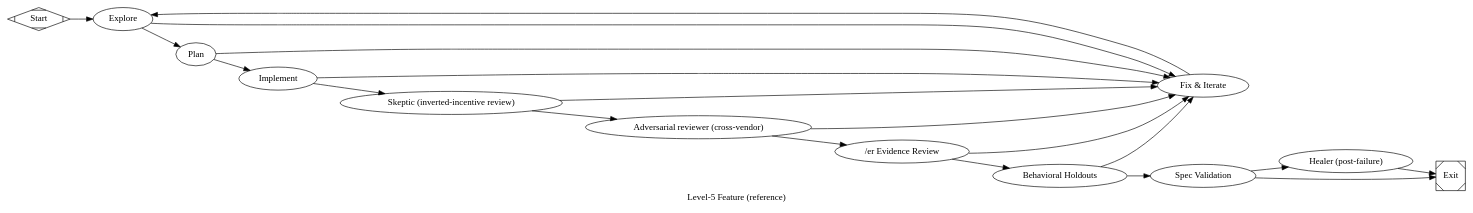
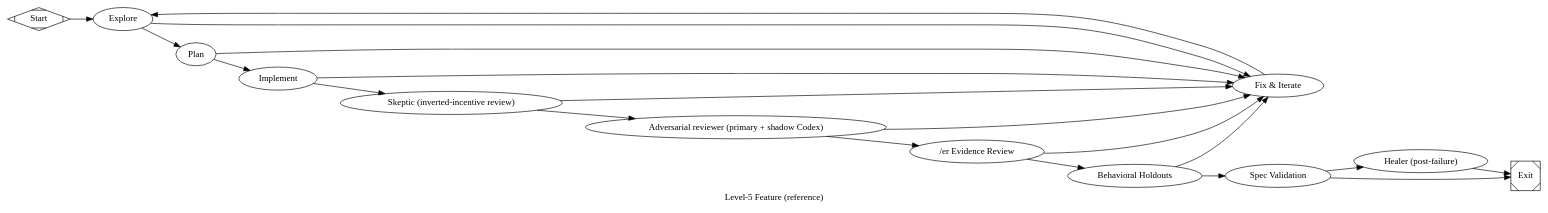
Before and after one commit to jleechanorg/dark-factory: the diagram in pipelines/factory/level5_feature.dot, drawn with Graphviz. The commit also changed 11 other files, not shown here.

```diff
--- a/pipelines/factory/level5_feature.dot
+++ b/pipelines/factory/level5_feature.dot
@@ -1,137 +1,139 @@
 // Reference Level-5 (G3 closure) pipeline.
 //
 // This is the canonical implementation of the G3 closure design (see
 // project_2026-06-22_g3_closure_dynamic_node_design.md, bead jleechan-0qy).
 // It is what every `pipelines/factory/*.dot` should converge toward:
 //
 //   * 4 default coding nodes (explore / plan / implement / fix). Each is
 //     a single-phase .dot invocation; the Claude Workflow orchestrator
 //     is responsible for dispatching these as separate .dot runs.
 //   * Hard-tier reviewers (gate_er / gate_skeptic / adversarial_reviewer)
-//     are always present; `bin/conformance validate` rejects factory
-//     pipelines that drop them.
+//     are always present; adversarial_reviewer is a parallel primary+shadow
+//     reviewer, not a raw serial `codex exec` tool. `bin/conformance validate`
+//     rejects factory pipelines that drop them.
 //   * Soft-tier nodes (holdout_eval / healer / spec_validation) are
 //     present by default; skip flags allow opt-out on iteration lanes.
 //   * `graph [level5="true"]` forces the level5 rule even on non-factory
 //     paths that include this graph.
 
 digraph Level5Feature {
     graph [
         goal="Reference Level-5 pipeline: explore/plan/implement/fix default nodes + hard-tier reviewers + soft-tier evaluators."
         level5="true"
         label="Level-5 Feature (reference)"
     ]
     rankdir=LR
 
     start [shape=Mdiamond, label="Start"]
     exit  [shape=Msquare,  label="Exit"]
 
     // -- Default coding nodes (driver-aware via ctx.backend) -----------------
     // No `type="dynamic"`, no `default=` fallback, no separate static nodes.
     // Each node is a single codergen invocation; the Claude Workflow
     // orchestrator dispatches successive .dot runs (one per node) using
     // the pipeline `level5="true"` attribute as the orchestration key.
 
     explore [
         type="codergen",
         label="Explore",
         class="explore",
         prompt="@prompts/slim/explore.md",
         max_visits="2",
         timeout=600
     ]
     plan [
         type="codergen",
         label="Plan",
         class="plan",
         prompt="@prompts/slim/plan.md",
         max_visits="2",
         timeout=600
     ]
     implement [
         type="codergen",
         label="Implement",
         class="implement",
         prompt="@prompts/slim/implement.md",
         max_visits="3",
         timeout=600
     ]
     fix [
         type="codergen",
         label="Fix & Iterate",
         class="fix",
         prompt="@prompts/slim/fix.md",
         max_visits="3",
         timeout=600
     ]
 
     // -- Hard-tier reviewers (Level-5 conformance surface) -------------------
 
     gate_skeptic [
         type="gate_skeptic",
         label="Skeptic (inverted-incentive review)",
         timeout=600
     ]
     adversarial_reviewer [
-        type="tool",
-        label="Adversarial reviewer (cross-vendor)",
-        command="codex exec --yolo --skip-git-repo-check",
+        type="parallel_reviewer",
+        label="Adversarial reviewer (primary + shadow Codex)",
+        backend_priority="codex,minimax,agy,claude-sonnet",
+        prefer_adversarial="true",
         timeout=600
     ]
     gate_er [
         type="gate_er",
         label="/er Evidence Review",
         timeout=600
     ]
 
     // -- Soft-tier nodes (default-present) -----------------------------------
 
     holdout_eval [
         type="holdout_eval",
         label="Behavioral Holdouts",
         timeout=600
     ]
     healer [
         type="tool",
         label="Healer (post-failure)",
         command="df-healer --cxdb ${ctx.cxdb_path}",
         timeout=600
     ]
     spec_validation [
         type="codergen",
         label="Spec Validation",
         prompt="@prompts/slim/spec_validation.md",
         timeout=600
     ]
 
     // -- Topology ------------------------------------------------------------
     //
     // The Claude Workflow orchestrator runs each .dot invocation from the
     // success/failure of the previous one. Within a single .dot run, the
     // engine still walks the conditional edges below.
 
     start       -> explore
     explore     -> plan         [condition="outcome=success"]
     explore     -> fix          [condition="outcome!=success"]
     plan        -> implement    [condition="outcome=success"]
     plan        -> fix          [condition="outcome!=success"]
     implement   -> gate_skeptic [condition="outcome=success"]
     implement   -> fix          [condition="outcome!=success"]
 
     gate_skeptic        -> adversarial_reviewer [condition="outcome=success"]
     gate_skeptic        -> fix                  [condition="outcome!=success"]
     adversarial_reviewer -> gate_er             [condition="outcome=success"]
     adversarial_reviewer -> fix                 [condition="outcome!=success"]
 
     gate_er     -> holdout_eval [condition="outcome=success"]
     gate_er     -> fix          [condition="outcome!=success"]
 
     holdout_eval -> spec_validation [condition="outcome=success"]
     holdout_eval -> fix             [condition="outcome!=success"]
     spec_validation -> healer       [condition="outcome!=success"]
 
     fix -> explore
 
     healer    -> exit [condition="outcome=success"]
     spec_validation -> exit [condition="outcome=success"]
 }
```
